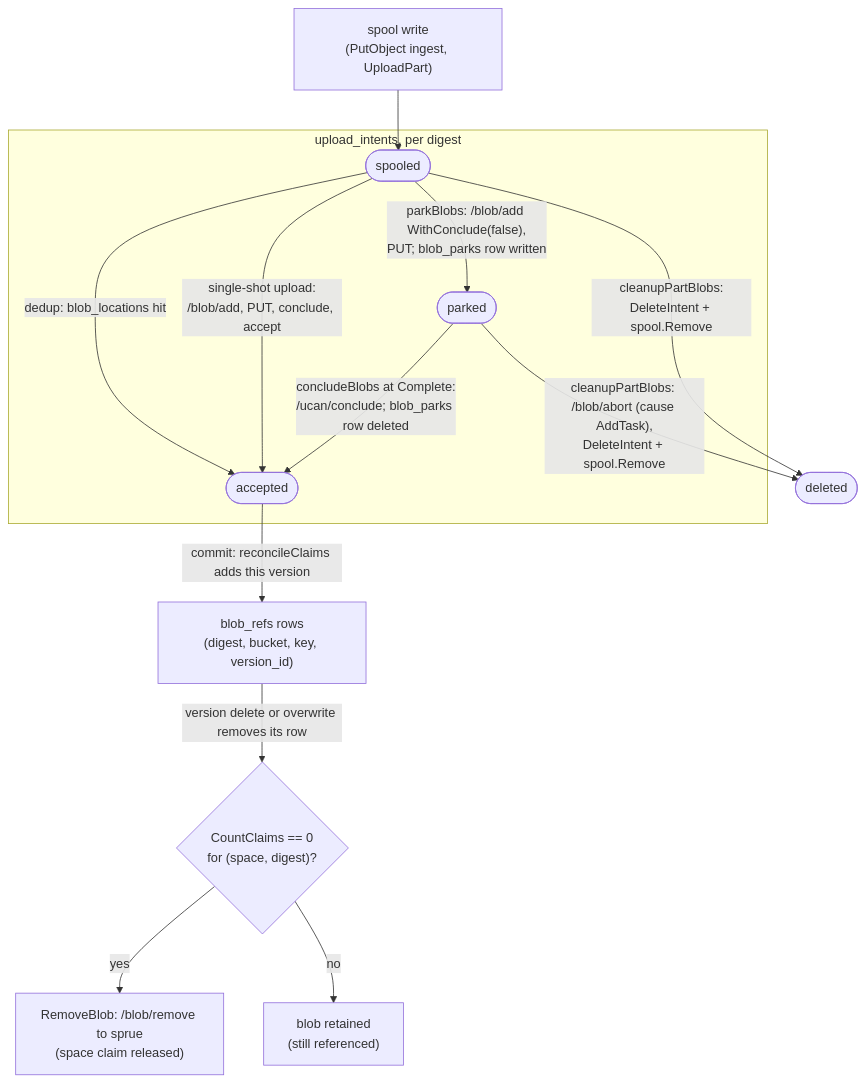
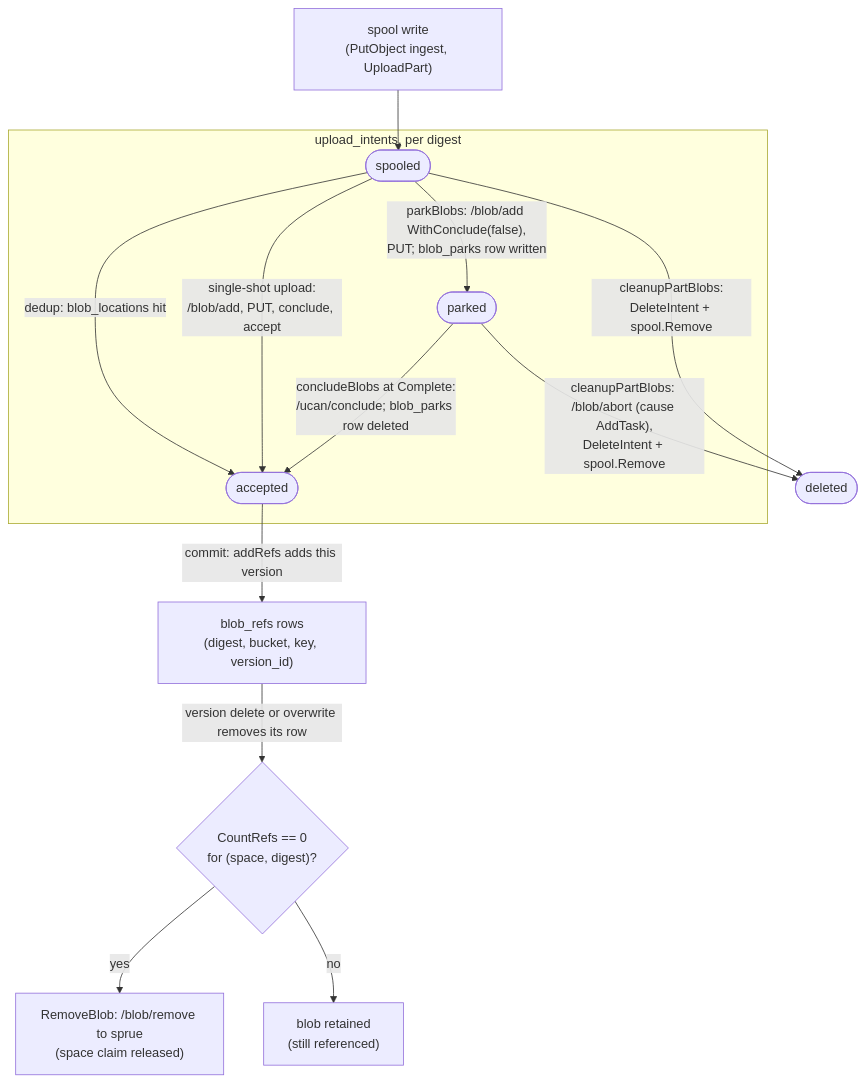
The eighth of 14 diagrams in docs/diagrams.md (fil-forge/ingot), drawn with Mermaid before and after one commit. The commit also changed other lines of this file and 26 other files, not shown here.

````diff
--- a/docs/diagrams.md
+++ b/docs/diagrams.md
@@ -498,22 +498,22 @@
 ```mermaid
 flowchart TB
     W["spool write<br/>(PutObject ingest, UploadPart)"] --> spooled
 
     subgraph intents["upload_intents, per digest"]
         spooled([spooled])
         parked([parked])
         accepted([accepted])
     end
 
     spooled -->|"dedup: blob_locations hit"| accepted
     spooled -->|"single-shot upload:<br/>/blob/add, PUT, conclude, accept"| accepted
     spooled -->|"parkBlobs: /blob/add WithConclude(false),<br/>PUT; blob_parks row written"| parked
     parked -->|"concludeBlobs at Complete:<br/>/ucan/conclude; blob_parks row deleted"| accepted
     spooled -->|"cleanupPartBlobs:<br/>DeleteIntent + spool.Remove"| gone([deleted])
     parked -->|"cleanupPartBlobs: /blob/abort (cause AddTask),<br/>DeleteIntent + spool.Remove"| gone
 
-    accepted -->|"commit: reconcileClaims adds this version"| refs["blob_refs rows<br/>(digest, bucket, key, version_id)"]
-    refs -->|"version delete or overwrite removes its row"| zero{"CountClaims == 0<br/>for (space, digest)?"}
+    accepted -->|"commit: addRefs adds this version"| refs["blob_refs rows<br/>(digest, bucket, key, version_id)"]
+    refs -->|"version delete or overwrite removes its row"| zero{"CountRefs == 0<br/>for (space, digest)?"}
     zero -->|yes| rm["RemoveBlob: /blob/remove to sprue<br/>(space claim released)"]
     zero -->|no| keep["blob retained<br/>(still referenced)"]
 ```
````
